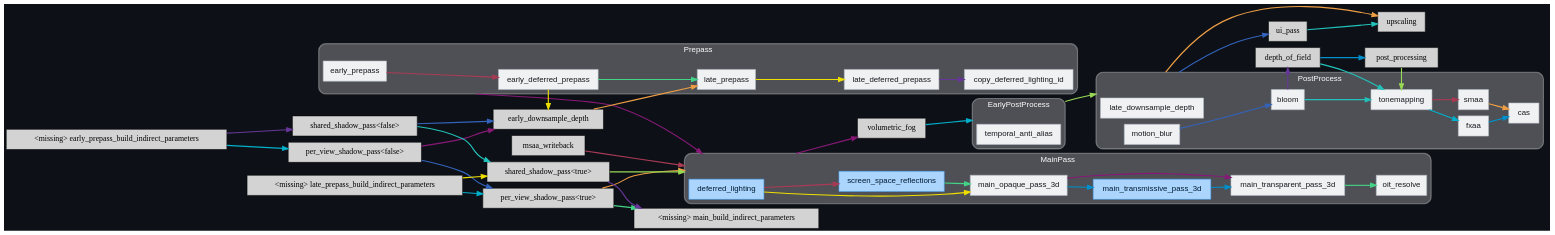
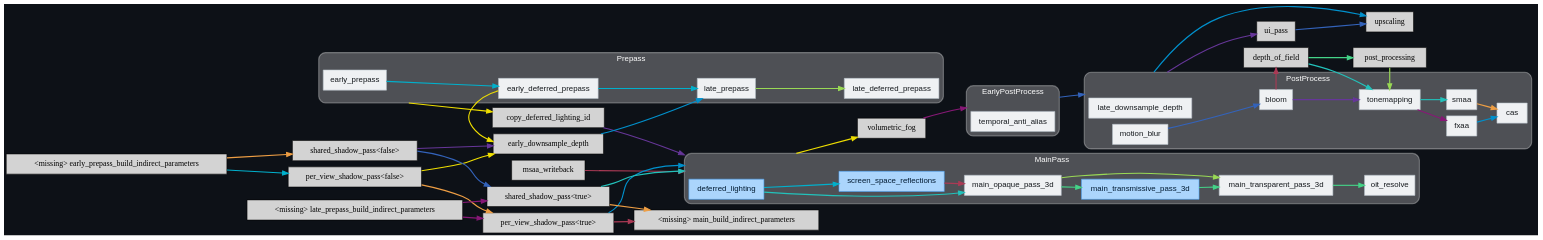
Before and after one commit to jakobhellermann/bevy_mod_debugdump: the diagram in docs/schedule/dark/render_schedule_Core3d.dot, drawn with Graphviz. The commit also changed 74 other files, not shown here.

```diff
--- a/docs/schedule/dark/render_schedule_Core3d.dot
+++ b/docs/schedule/dark/render_schedule_Core3d.dot
@@ -20,7 +20,6 @@
 		"node_System(SystemKey(2v1))" ["label"="early_deferred_prepass", "tooltip"="bevy_core_pipeline::deferred::node::early_deferred_prepass", "fillcolor"="#eff1f3", "fontname"="Helvetica", "fontcolor"="#15191d", "color"="#b4bec7", "penwidth"="1"]
 		"node_System(SystemKey(3v1))" ["label"="late_prepass", "tooltip"="bevy_core_pipeline::prepass::node::late_prepass", "fillcolor"="#eff1f3", "fontname"="Helvetica", "fontcolor"="#15191d", "color"="#b4bec7", "penwidth"="1"]
 		"node_System(SystemKey(4v1))" ["label"="late_deferred_prepass", "tooltip"="bevy_core_pipeline::deferred::node::late_deferred_prepass", "fillcolor"="#eff1f3", "fontname"="Helvetica", "fontcolor"="#15191d", "color"="#b4bec7", "penwidth"="1"]
-		"node_System(SystemKey(5v1))" ["label"="copy_deferred_lighting_id", "tooltip"="bevy_core_pipeline::deferred::copy_lighting_id::copy_deferred_lighting_id", "fillcolor"="#eff1f3", "fontname"="Helvetica", "fontcolor"="#15191d", "color"="#b4bec7", "penwidth"="1"]
 	}
 	
 	subgraph "clusternode_Set(SystemSetKey(2v1))" {
@@ -70,6 +69,7 @@
 		"node_System(SystemKey(21v1))" ["label"="cas", "tooltip"="bevy_anti_alias::contrast_adaptive_sharpening::node::cas", "fillcolor"="#eff1f3", "fontname"="Helvetica", "fontcolor"="#15191d", "color"="#b4bec7", "penwidth"="1"]
 	}
 	
+	"node_System(SystemKey(5v1))" ["label"="copy_deferred_lighting_id", "tooltip"="bevy_core_pipeline::deferred::copy_lighting_id::copy_deferred_lighting_id"]
 	"node_System(SystemKey(9v1))" ["label"="upscaling", "tooltip"="bevy_core_pipeline::upscaling::node::upscaling"]
 	"node_System(SystemKey(11v1))" ["label"="early_downsample_depth", "tooltip"="bevy_core_pipeline::mip_generation::experimental::depth::early_downsample_depth"]
 	"node_System(SystemKey(13v1))" ["label"="msaa_writeback", "tooltip"="bevy_post_process::msaa_writeback::msaa_writeback"]
@@ -82,46 +82,46 @@
 	"node_System(SystemKey(29v1))" ["label"="shared_shadow_pass<false>", "tooltip"="bevy_pbr::render::light::shared_shadow_pass<false>"]
 	"node_System(SystemKey(30v1))" ["label"="shared_shadow_pass<true>", "tooltip"="bevy_pbr::render::light::shared_shadow_pass<true>"]
 	"node_System(SystemKey(2v1))" -> "node_System(SystemKey(11v1))" ["lhead"="", "ltail"="", "tooltip"="SystemTypeSet:bevy_core_pipeline::deferred::node::early_deferred_prepass → early_downsample_depth", "color"="#eede00"]
-	"set_marker_node_Set(SystemSetKey(1v1))" -> "set_marker_node_Set(SystemSetKey(2v1))" ["lhead"="clusternode_Set(SystemSetKey(2v1))", "ltail"="clusternode_Set(SystemSetKey(1v1))", "tooltip"="Prepass → MainPass", "color"="#881877"]
-	"node_System(SystemKey(8v1))" -> "node_System(SystemKey(18v1))" ["lhead"="", "ltail"="", "tooltip"="SystemTypeSet:bevy_core_pipeline::tonemapping::node::tonemapping → fxaa", "color"="#00b0cc"]
-	"node_System(SystemKey(8v1))" -> "node_System(SystemKey(19v1))" ["lhead"="", "ltail"="", "tooltip"="SystemTypeSet:bevy_core_pipeline::tonemapping::node::tonemapping → smaa", "color"="#aa3a55"]
-	"node_System(SystemKey(2v1))" -> "node_System(SystemKey(3v1))" ["lhead"="", "ltail"="", "tooltip"="early_deferred_prepass → late_prepass", "color"="#44d488"]
-	"node_System(SystemKey(25v1))" -> "node_System(SystemKey(7v1))" ["lhead"="", "ltail"="", "tooltip"="main_transmissive_pass_3d → SystemTypeSet:bevy_core_pipeline::core_3d::main_transparent_pass_3d_node::main_transparent_pass_3d", "color"="#0090cc"]
-	"node_System(SystemKey(28v1))" -> "set_marker_node_Set(SystemSetKey(2v1))" ["lhead"="clusternode_Set(SystemSetKey(2v1))", "ltail"="", "tooltip"="per_view_shadow_pass<true> → MainPass", "color"="#ee9e44"]
-	"<missing> early_prepass_build_indirect_parameters" -> "node_System(SystemKey(29v1))" ["lhead"="", "ltail"="", "tooltip"="SystemTypeSet:bevy_pbr::render::gpu_preprocess::early_prepass_build_indirect_parameters → shared_shadow_pass<false>", "color"="#663699"]
-	"node_System(SystemKey(29v1))" -> "node_System(SystemKey(11v1))" ["lhead"="", "ltail"="", "tooltip"="shared_shadow_pass<false> → SystemTypeSet:bevy_core_pipeline::mip_generation::experimental::depth::early_downsample_depth", "color"="#3363bb"]
-	"node_System(SystemKey(29v1))" -> "node_System(SystemKey(30v1))" ["lhead"="", "ltail"="", "tooltip"="shared_shadow_pass<false> → SystemTypeSet:bevy_pbr::render::light::shared_shadow_pass<true>", "color"="#22c2bb"]
-	"node_System(SystemKey(30v1))" -> "set_marker_node_Set(SystemSetKey(2v1))" ["lhead"="clusternode_Set(SystemSetKey(2v1))", "ltail"="", "tooltip"="shared_shadow_pass<true> → MainPass", "color"="#99d955"]
-	"node_System(SystemKey(3v1))" -> "node_System(SystemKey(4v1))" ["lhead"="", "ltail"="", "tooltip"="late_prepass → late_deferred_prepass", "color"="#eede00"]
-	"node_System(SystemKey(27v1))" -> "node_System(SystemKey(11v1))" ["lhead"="", "ltail"="", "tooltip"="per_view_shadow_pass<false> → SystemTypeSet:bevy_core_pipeline::mip_generation::experimental::depth::early_downsample_depth", "color"="#881877"]
-	"<missing> late_prepass_build_indirect_parameters" -> "node_System(SystemKey(28v1))" ["lhead"="", "ltail"="", "tooltip"="SystemTypeSet:bevy_pbr::render::gpu_preprocess::late_prepass_build_indirect_parameters → per_view_shadow_pass<true>", "color"="#00b0cc"]
-	"node_System(SystemKey(26v1))" -> "node_System(SystemKey(24v1))" ["lhead"="", "ltail"="", "tooltip"="SystemTypeSet:bevy_pbr::deferred::deferred_lighting → screen_space_reflections", "color"="#aa3a55"]
-	"node_System(SystemKey(28v1))" -> "<missing> main_build_indirect_parameters" ["lhead"="", "ltail"="", "tooltip"="per_view_shadow_pass<true> → SystemTypeSet:bevy_pbr::render::gpu_preprocess::main_build_indirect_parameters", "color"="#44d488"]
-	"node_System(SystemKey(16v1))" -> "node_System(SystemKey(17v1))" ["lhead"="", "ltail"="", "tooltip"="SystemTypeSet:bevy_post_process::dof::depth_of_field → post_processing", "color"="#0090cc"]
-	"node_System(SystemKey(11v1))" -> "node_System(SystemKey(3v1))" ["lhead"="", "ltail"="", "tooltip"="early_downsample_depth → SystemTypeSet:bevy_core_pipeline::prepass::node::late_prepass", "color"="#ee9e44"]
-	"node_System(SystemKey(4v1))" -> "node_System(SystemKey(5v1))" ["lhead"="", "ltail"="", "tooltip"="late_deferred_prepass → copy_deferred_lighting_id", "color"="#663699"]
-	"node_System(SystemKey(27v1))" -> "node_System(SystemKey(28v1))" ["lhead"="", "ltail"="", "tooltip"="per_view_shadow_pass<false> → SystemTypeSet:bevy_pbr::render::light::per_view_shadow_pass<true>", "color"="#3363bb"]
-	"node_System(SystemKey(14v1))" -> "node_System(SystemKey(8v1))" ["lhead"="", "ltail"="", "tooltip"="bloom → SystemTypeSet:bevy_core_pipeline::tonemapping::node::tonemapping", "color"="#22c2bb"]
-	"set_marker_node_Set(SystemSetKey(3v1))" -> "set_marker_node_Set(SystemSetKey(4v1))" ["lhead"="clusternode_Set(SystemSetKey(4v1))", "ltail"="clusternode_Set(SystemSetKey(3v1))", "tooltip"="EarlyPostProcess → PostProcess", "color"="#99d955"]
-	"node_System(SystemKey(26v1))" -> "node_System(SystemKey(6v1))" ["lhead"="", "ltail"="", "tooltip"="deferred_lighting → SystemTypeSet:bevy_core_pipeline::core_3d::main_opaque_pass_3d_node::main_opaque_pass_3d", "color"="#eede00"]
-	"node_System(SystemKey(6v1))" -> "node_System(SystemKey(7v1))" ["lhead"="", "ltail"="", "tooltip"="main_opaque_pass_3d → main_transparent_pass_3d", "color"="#881877"]
-	"node_System(SystemKey(23v1))" -> "set_marker_node_Set(SystemSetKey(3v1))" ["lhead"="clusternode_Set(SystemSetKey(3v1))", "ltail"="", "tooltip"="volumetric_fog → EarlyPostProcess", "color"="#00b0cc"]
-	"node_System(SystemKey(1v1))" -> "node_System(SystemKey(2v1))" ["lhead"="", "ltail"="", "tooltip"="early_prepass → early_deferred_prepass", "color"="#aa3a55"]
-	"node_System(SystemKey(24v1))" -> "node_System(SystemKey(6v1))" ["lhead"="", "ltail"="", "tooltip"="screen_space_reflections → SystemTypeSet:bevy_core_pipeline::core_3d::main_opaque_pass_3d_node::main_opaque_pass_3d", "color"="#44d488"]
-	"node_System(SystemKey(6v1))" -> "node_System(SystemKey(25v1))" ["lhead"="", "ltail"="", "tooltip"="SystemTypeSet:bevy_core_pipeline::core_3d::main_opaque_pass_3d_node::main_opaque_pass_3d → main_transmissive_pass_3d", "color"="#0090cc"]
-	"set_marker_node_Set(SystemSetKey(4v1))" -> "node_System(SystemKey(9v1))" ["lhead"="", "ltail"="clusternode_Set(SystemSetKey(4v1))", "tooltip"="PostProcess → upscaling", "color"="#ee9e44"]
-	"node_System(SystemKey(30v1))" -> "<missing> main_build_indirect_parameters" ["lhead"="", "ltail"="", "tooltip"="shared_shadow_pass<true> → SystemTypeSet:bevy_pbr::render::gpu_preprocess::main_build_indirect_parameters", "color"="#663699"]
+	"node_System(SystemKey(8v1))" -> "node_System(SystemKey(18v1))" ["lhead"="", "ltail"="", "tooltip"="SystemTypeSet:bevy_core_pipeline::tonemapping::node::tonemapping → fxaa", "color"="#881877"]
+	"node_System(SystemKey(2v1))" -> "node_System(SystemKey(3v1))" ["lhead"="", "ltail"="", "tooltip"="early_deferred_prepass → late_prepass", "color"="#00b0cc"]
+	"node_System(SystemKey(14v1))" -> "node_System(SystemKey(16v1))" ["lhead"="", "ltail"="", "tooltip"="SystemTypeSet:bevy_post_process::bloom::bloom → depth_of_field", "color"="#aa3a55"]
+	"node_System(SystemKey(25v1))" -> "node_System(SystemKey(7v1))" ["lhead"="", "ltail"="", "tooltip"="main_transmissive_pass_3d → SystemTypeSet:bevy_core_pipeline::core_3d::main_transparent_pass_3d_node::main_transparent_pass_3d", "color"="#44d488"]
+	"node_System(SystemKey(28v1))" -> "set_marker_node_Set(SystemSetKey(2v1))" ["lhead"="clusternode_Set(SystemSetKey(2v1))", "ltail"="", "tooltip"="per_view_shadow_pass<true> → MainPass", "color"="#0090cc"]
+	"<missing> early_prepass_build_indirect_parameters" -> "node_System(SystemKey(29v1))" ["lhead"="", "ltail"="", "tooltip"="SystemTypeSet:bevy_pbr::render::gpu_preprocess::early_prepass_build_indirect_parameters → shared_shadow_pass<false>", "color"="#ee9e44"]
+	"node_System(SystemKey(29v1))" -> "node_System(SystemKey(11v1))" ["lhead"="", "ltail"="", "tooltip"="shared_shadow_pass<false> → SystemTypeSet:bevy_core_pipeline::mip_generation::experimental::depth::early_downsample_depth", "color"="#663699"]
+	"node_System(SystemKey(29v1))" -> "node_System(SystemKey(30v1))" ["lhead"="", "ltail"="", "tooltip"="shared_shadow_pass<false> → SystemTypeSet:bevy_pbr::render::light::shared_shadow_pass<true>", "color"="#3363bb"]
+	"node_System(SystemKey(30v1))" -> "set_marker_node_Set(SystemSetKey(2v1))" ["lhead"="clusternode_Set(SystemSetKey(2v1))", "ltail"="", "tooltip"="shared_shadow_pass<true> → MainPass", "color"="#22c2bb"]
+	"node_System(SystemKey(3v1))" -> "node_System(SystemKey(4v1))" ["lhead"="", "ltail"="", "tooltip"="late_prepass → late_deferred_prepass", "color"="#99d955"]
+	"node_System(SystemKey(27v1))" -> "node_System(SystemKey(11v1))" ["lhead"="", "ltail"="", "tooltip"="per_view_shadow_pass<false> → SystemTypeSet:bevy_core_pipeline::mip_generation::experimental::depth::early_downsample_depth", "color"="#eede00"]
+	"<missing> late_prepass_build_indirect_parameters" -> "node_System(SystemKey(28v1))" ["lhead"="", "ltail"="", "tooltip"="SystemTypeSet:bevy_pbr::render::gpu_preprocess::late_prepass_build_indirect_parameters → per_view_shadow_pass<true>", "color"="#881877"]
+	"node_System(SystemKey(26v1))" -> "node_System(SystemKey(24v1))" ["lhead"="", "ltail"="", "tooltip"="SystemTypeSet:bevy_pbr::deferred::deferred_lighting → screen_space_reflections", "color"="#00b0cc"]
+	"node_System(SystemKey(28v1))" -> "<missing> main_build_indirect_parameters" ["lhead"="", "ltail"="", "tooltip"="per_view_shadow_pass<true> → SystemTypeSet:bevy_pbr::render::gpu_preprocess::main_build_indirect_parameters", "color"="#aa3a55"]
+	"node_System(SystemKey(16v1))" -> "node_System(SystemKey(17v1))" ["lhead"="", "ltail"="", "tooltip"="SystemTypeSet:bevy_post_process::dof::depth_of_field → post_processing", "color"="#44d488"]
+	"node_System(SystemKey(11v1))" -> "node_System(SystemKey(3v1))" ["lhead"="", "ltail"="", "tooltip"="early_downsample_depth → SystemTypeSet:bevy_core_pipeline::prepass::node::late_prepass", "color"="#0090cc"]
+	"node_System(SystemKey(27v1))" -> "node_System(SystemKey(28v1))" ["lhead"="", "ltail"="", "tooltip"="per_view_shadow_pass<false> → SystemTypeSet:bevy_pbr::render::light::per_view_shadow_pass<true>", "color"="#ee9e44"]
+	"node_System(SystemKey(14v1))" -> "node_System(SystemKey(8v1))" ["lhead"="", "ltail"="", "tooltip"="bloom → SystemTypeSet:bevy_core_pipeline::tonemapping::node::tonemapping", "color"="#663699"]
+	"set_marker_node_Set(SystemSetKey(3v1))" -> "set_marker_node_Set(SystemSetKey(4v1))" ["lhead"="clusternode_Set(SystemSetKey(4v1))", "ltail"="clusternode_Set(SystemSetKey(3v1))", "tooltip"="EarlyPostProcess → PostProcess", "color"="#3363bb"]
+	"node_System(SystemKey(26v1))" -> "node_System(SystemKey(6v1))" ["lhead"="", "ltail"="", "tooltip"="deferred_lighting → SystemTypeSet:bevy_core_pipeline::core_3d::main_opaque_pass_3d_node::main_opaque_pass_3d", "color"="#22c2bb"]
+	"node_System(SystemKey(6v1))" -> "node_System(SystemKey(7v1))" ["lhead"="", "ltail"="", "tooltip"="main_opaque_pass_3d → main_transparent_pass_3d", "color"="#99d955"]
+	"set_marker_node_Set(SystemSetKey(1v1))" -> "node_System(SystemKey(5v1))" ["lhead"="", "ltail"="clusternode_Set(SystemSetKey(1v1))", "tooltip"="Prepass → copy_deferred_lighting_id", "color"="#eede00"]
+	"node_System(SystemKey(23v1))" -> "set_marker_node_Set(SystemSetKey(3v1))" ["lhead"="clusternode_Set(SystemSetKey(3v1))", "ltail"="", "tooltip"="volumetric_fog → EarlyPostProcess", "color"="#881877"]
+	"node_System(SystemKey(1v1))" -> "node_System(SystemKey(2v1))" ["lhead"="", "ltail"="", "tooltip"="early_prepass → early_deferred_prepass", "color"="#00b0cc"]
+	"node_System(SystemKey(24v1))" -> "node_System(SystemKey(6v1))" ["lhead"="", "ltail"="", "tooltip"="screen_space_reflections → SystemTypeSet:bevy_core_pipeline::core_3d::main_opaque_pass_3d_node::main_opaque_pass_3d", "color"="#aa3a55"]
+	"node_System(SystemKey(6v1))" -> "node_System(SystemKey(25v1))" ["lhead"="", "ltail"="", "tooltip"="SystemTypeSet:bevy_core_pipeline::core_3d::main_opaque_pass_3d_node::main_opaque_pass_3d → main_transmissive_pass_3d", "color"="#44d488"]
+	"set_marker_node_Set(SystemSetKey(4v1))" -> "node_System(SystemKey(9v1))" ["lhead"="", "ltail"="clusternode_Set(SystemSetKey(4v1))", "tooltip"="PostProcess → upscaling", "color"="#0090cc"]
+	"node_System(SystemKey(30v1))" -> "<missing> main_build_indirect_parameters" ["lhead"="", "ltail"="", "tooltip"="shared_shadow_pass<true> → SystemTypeSet:bevy_pbr::render::gpu_preprocess::main_build_indirect_parameters", "color"="#ee9e44"]
+	"node_System(SystemKey(5v1))" -> "set_marker_node_Set(SystemSetKey(2v1))" ["lhead"="clusternode_Set(SystemSetKey(2v1))", "ltail"="", "tooltip"="copy_deferred_lighting_id → MainPass", "color"="#663699"]
 	"node_System(SystemKey(15v1))" -> "node_System(SystemKey(14v1))" ["lhead"="", "ltail"="", "tooltip"="motion_blur → SystemTypeSet:bevy_post_process::bloom::bloom", "color"="#3363bb"]
 	"node_System(SystemKey(16v1))" -> "node_System(SystemKey(8v1))" ["lhead"="", "ltail"="", "tooltip"="depth_of_field → SystemTypeSet:bevy_core_pipeline::tonemapping::node::tonemapping", "color"="#22c2bb"]
 	"node_System(SystemKey(17v1))" -> "node_System(SystemKey(8v1))" ["lhead"="", "ltail"="", "tooltip"="post_processing → SystemTypeSet:bevy_core_pipeline::tonemapping::node::tonemapping", "color"="#99d955"]
-	"<missing> late_prepass_build_indirect_parameters" -> "node_System(SystemKey(30v1))" ["lhead"="", "ltail"="", "tooltip"="SystemTypeSet:bevy_pbr::render::gpu_preprocess::late_prepass_build_indirect_parameters → shared_shadow_pass<true>", "color"="#eede00"]
-	"set_marker_node_Set(SystemSetKey(2v1))" -> "node_System(SystemKey(23v1))" ["lhead"="", "ltail"="clusternode_Set(SystemSetKey(2v1))", "tooltip"="MainPass → volumetric_fog", "color"="#881877"]
+	"set_marker_node_Set(SystemSetKey(2v1))" -> "node_System(SystemKey(23v1))" ["lhead"="", "ltail"="clusternode_Set(SystemSetKey(2v1))", "tooltip"="MainPass → volumetric_fog", "color"="#eede00"]
+	"<missing> late_prepass_build_indirect_parameters" -> "node_System(SystemKey(30v1))" ["lhead"="", "ltail"="", "tooltip"="SystemTypeSet:bevy_pbr::render::gpu_preprocess::late_prepass_build_indirect_parameters → shared_shadow_pass<true>", "color"="#881877"]
 	"<missing> early_prepass_build_indirect_parameters" -> "node_System(SystemKey(27v1))" ["lhead"="", "ltail"="", "tooltip"="SystemTypeSet:bevy_pbr::render::gpu_preprocess::early_prepass_build_indirect_parameters → per_view_shadow_pass<false>", "color"="#00b0cc"]
 	"node_System(SystemKey(13v1))" -> "set_marker_node_Set(SystemSetKey(2v1))" ["lhead"="clusternode_Set(SystemSetKey(2v1))", "ltail"="", "tooltip"="msaa_writeback → MainPass", "color"="#aa3a55"]
 	"node_System(SystemKey(7v1))" -> "node_System(SystemKey(10v1))" ["lhead"="", "ltail"="", "tooltip"="SystemTypeSet:bevy_core_pipeline::core_3d::main_transparent_pass_3d_node::main_transparent_pass_3d → oit_resolve", "color"="#44d488"]
 	"node_System(SystemKey(18v1))" -> "node_System(SystemKey(21v1))" ["lhead"="", "ltail"="", "tooltip"="SystemTypeSet:bevy_anti_alias::fxaa::node::fxaa → cas", "color"="#0090cc"]
 	"node_System(SystemKey(19v1))" -> "node_System(SystemKey(21v1))" ["lhead"="", "ltail"="", "tooltip"="SystemTypeSet:bevy_anti_alias::smaa::smaa → cas", "color"="#ee9e44"]
-	"node_System(SystemKey(14v1))" -> "node_System(SystemKey(16v1))" ["lhead"="", "ltail"="", "tooltip"="SystemTypeSet:bevy_post_process::bloom::bloom → depth_of_field", "color"="#663699"]
-	"set_marker_node_Set(SystemSetKey(4v1))" -> "node_System(SystemKey(22v1))" ["lhead"="", "ltail"="clusternode_Set(SystemSetKey(4v1))", "tooltip"="PostProcess → ui_pass", "color"="#3363bb"]
-	"node_System(SystemKey(22v1))" -> "node_System(SystemKey(9v1))" ["lhead"="", "ltail"="", "tooltip"="ui_pass → SystemTypeSet:bevy_core_pipeline::upscaling::node::upscaling", "color"="#22c2bb"]
+	"set_marker_node_Set(SystemSetKey(4v1))" -> "node_System(SystemKey(22v1))" ["lhead"="", "ltail"="clusternode_Set(SystemSetKey(4v1))", "tooltip"="PostProcess → ui_pass", "color"="#663699"]
+	"node_System(SystemKey(22v1))" -> "node_System(SystemKey(9v1))" ["lhead"="", "ltail"="", "tooltip"="ui_pass → SystemTypeSet:bevy_core_pipeline::upscaling::node::upscaling", "color"="#3363bb"]
+	"node_System(SystemKey(8v1))" -> "node_System(SystemKey(19v1))" ["lhead"="", "ltail"="", "tooltip"="SystemTypeSet:bevy_core_pipeline::tonemapping::node::tonemapping → smaa", "color"="#22c2bb"]
 }
```
